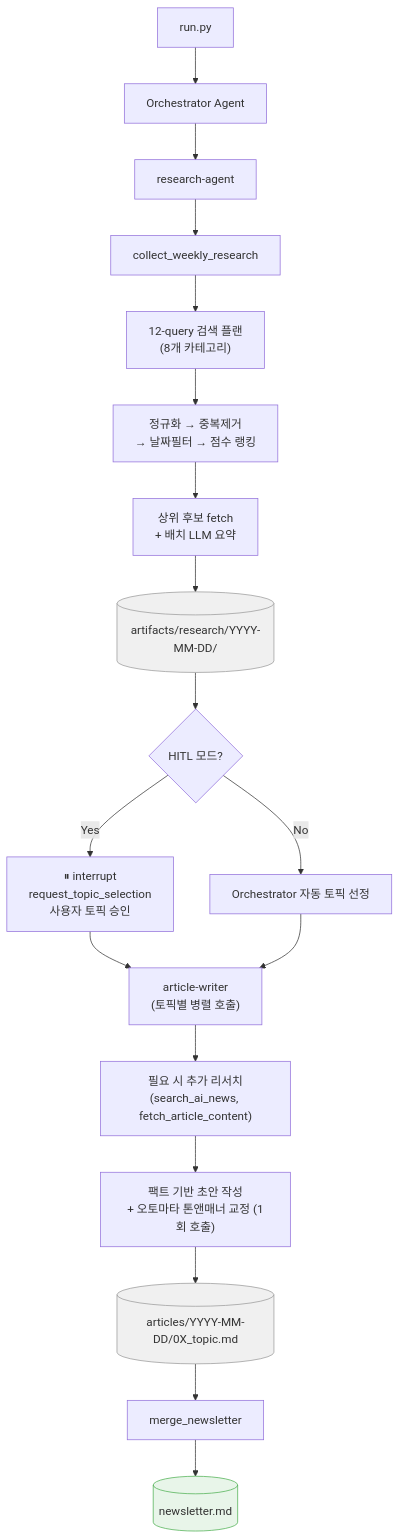
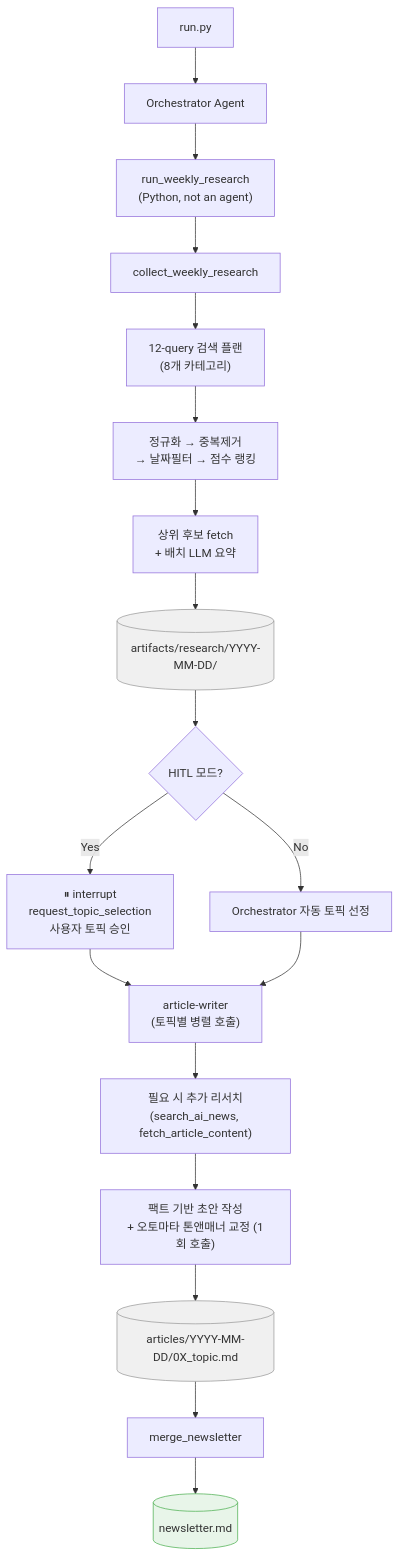
The diagram in README.md (tmdqja75/newsletter-automation-gpters), drawn with Mermaid before and after one commit. The commit also changed other lines of this file and 2 other files, not shown here.

Commit message:
docs: correct agent architecture and HITL description

````diff
--- a/README.md
+++ b/README.md
@@ -19,24 +19,24 @@
 ```mermaid
 graph TD
     A[run.py] --> B[Orchestrator Agent]
-    B --> C[research-agent]
+    B --> C["run_weekly_research\n(Python, not an agent)"]
     C --> D[collect_weekly_research]
     D --> D1["12-query 검색 플랜\n(8개 카테고리)"]
     D1 --> D2["정규화 → 중복제거\n→ 날짜필터 → 점수 랭킹"]
     D2 --> D3["상위 후보 fetch\n+ 배치 LLM 요약"]
     D3 --> E[(artifacts/research/YYYY-MM-DD/)]
     E --> G{HITL 모드?}
     G -->|Yes| H["⏸ interrupt\nrequest_topic_selection\n사용자 토픽 승인"]
     G -->|No| I[Orchestrator 자동 토픽 선정]
     H --> J["article-writer\n(토픽별 병렬 호출)"]
     I --> J
     J --> J1["필요 시 추가 리서치\n(search_ai_news, fetch_article_content)"]
     J1 --> J2["팩트 기반 초안 작성\n+ 오토마타 톤앤매너 교정 (1회 호출)"]
     J2 --> L[(articles/YYYY-MM-DD/0X_topic.md)]
     L --> M[merge_newsletter]
     M --> N[(newsletter.md)]
 
     style E fill:#f0f0f0,stroke:#999
     style L fill:#f0f0f0,stroke:#999
     style N fill:#e8f5e9,stroke:#4caf50
 ```
````
